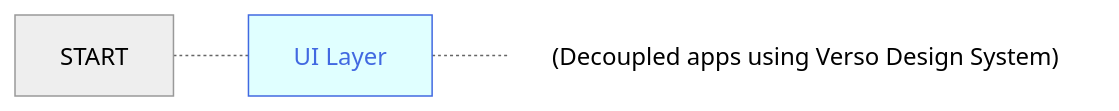
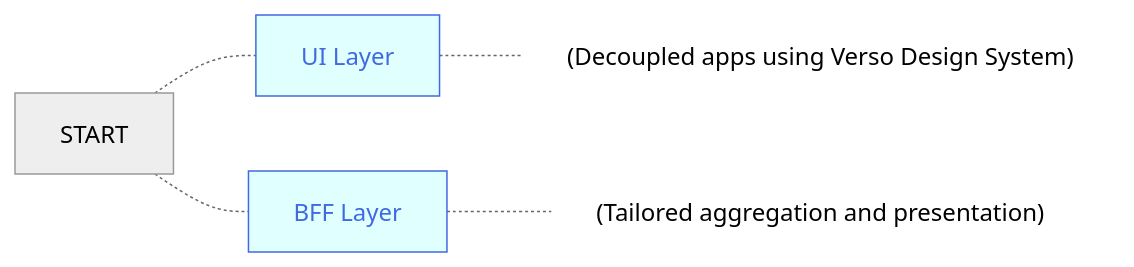
One commit to joe-dorward/samples changed the first of 2 diagrams in buttons_mermaid_v4.md. Above: the diagram before and after it, drawn with Mermaid (neutral theme).

````diff
--- a/buttons_mermaid_v4.md
+++ b/buttons_mermaid_v4.md
@@ -1,22 +1,30 @@
 ```mermaid
   %%{
     init: {
       "flowchart": { "markdownAutoWrap":"false", "textWrap":"false", "wrappingWidth": "100%" }
     }
   }%%
   flowchart LR
 
   classDef Button fill:lightcyan, stroke:royalblue, color:royalblue;
   classDef Note fill:transparent, stroke-width:0px
   %% ---------- ---------- ---------- ---------- ---------- ---------- ---------- ---------- ---------- ----------
   START[START]
 
     BUTTON_01["UI Layer"]:::Button
     click BUTTON_01 "https://en.wikipedia.org/wiki/Main_Page" _blank
     BUTTON_01_NOTE["(Decoupled apps using Verso Design System)"]:::Note
 
+    BUTTON_02["BFF Layer"]:::Button
+    click BUTTON_02 "https://en.wikipedia.org/wiki/Main_Page" _blank
+    BUTTON_02_NOTE["(Tailored aggregation and presentation)"]:::Note
+
+
   START-.-
   BUTTON_01-.-
-  BUTTON_01_NOTE["(Decoupled apps using Verso Design System)"]:::Note
+  BUTTON_01_NOTE
 
+  START-.-
+  BUTTON_02-.-
+  BUTTON_02_NOTE
 ```
````
